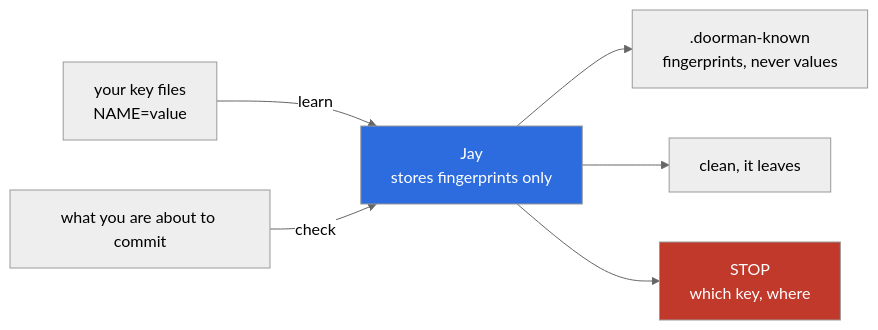
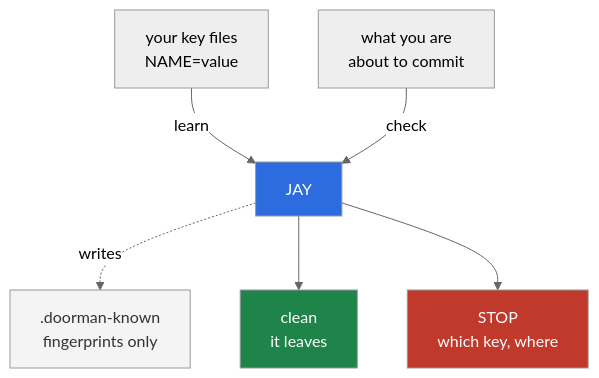
Before and after one commit to alphasyomega/doorman-jay: the diagram in README.md, drawn with Mermaid (neutral theme).

Commit message:
The diagram reads whole: vertical, short labels, registry off to the side
The text was overflowing its boxes on GitHub — 'fingerprints, nev', 'what you
are abo'. A horizontal flowchart gave each box less width than its label needed.

Now vertical, with every label broken into short lines, rendered and looked at
before pushing.

And looking at it showed something else: .doorman-known was hanging off Jay
beside 'clean' and 'STOP', reading as a verdict of the check. It is not — it is
what he writes when he learns. It now hangs on a dotted arrow labelled 'writes',
in grey, outside the row of outcomes.

````diff
--- a/README.md
+++ b/README.md
@@ -17,10 +17,12 @@
 ```mermaid
-flowchart LR
-    A["your key files<br/>NAME=value"] -->|"learn"| B["Jay<br/>stores fingerprints only"]
-    B --> R[".doorman-known<br/>fingerprints, never values"]
-    C["what you are about to commit"] -->|"check"| B
-    B --> D["clean, it leaves"]
+flowchart TD
+    A["your key files<br/>NAME=value"] -->|learn| B["JAY"]
+    B -.->|writes| R[".doorman-known<br/>fingerprints only"]
+    C["what you are<br/>about to commit"] -->|check| B
+    B --> D["clean<br/>it leaves"]
     B --> E["STOP<br/>which key, where"]
     style B fill:#2d6cdf,color:#fff
     style E fill:#c0392b,color:#fff
+    style D fill:#1e8449,color:#fff
+    style R fill:#f4f4f4,color:#333
 ```
````
